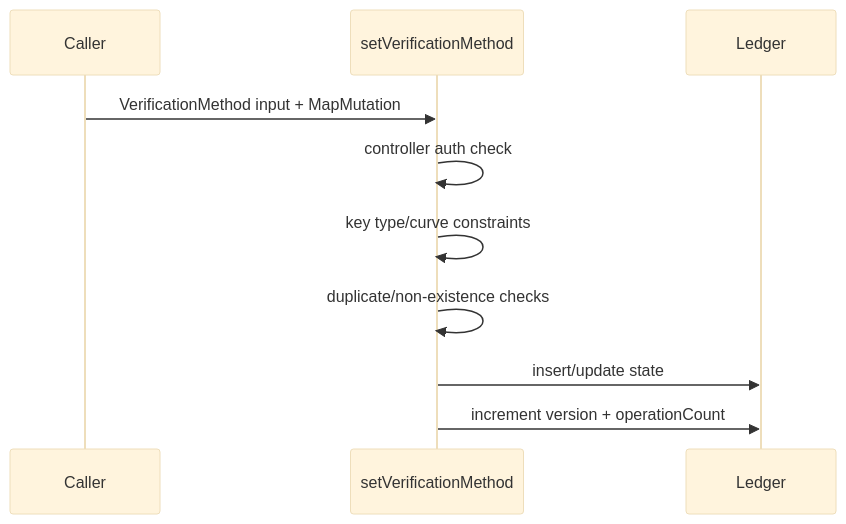
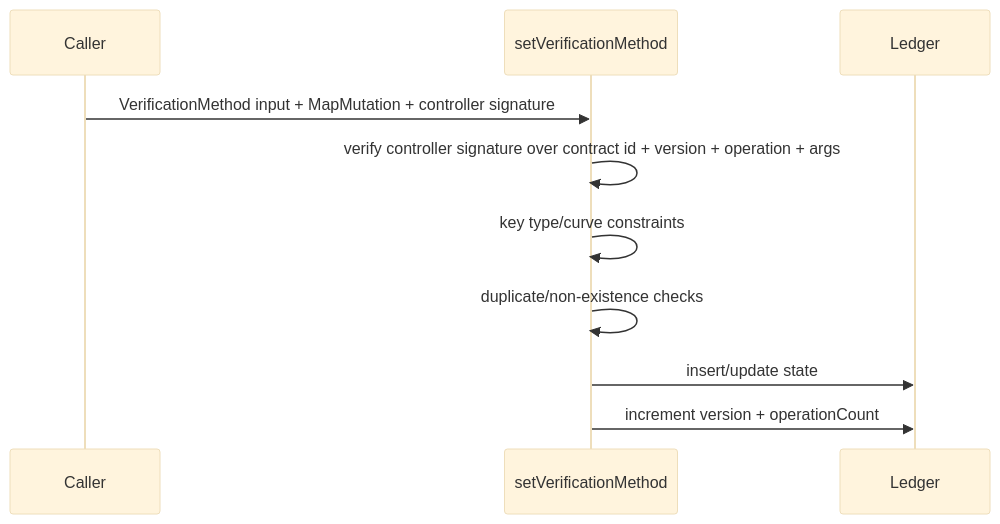
The second of 3 diagrams in packages/contract/README.md (midnightntwrk/midnight-did), drawn with Mermaid (base theme) before and after one commit. The commit also changed other lines of this file and 29 other files, not shown here.

````diff
--- a/packages/contract/README.md
+++ b/packages/contract/README.md
@@ -25,13 +25,13 @@
 ```mermaid
 sequenceDiagram
   participant Caller
   participant Circuit as setVerificationMethod
   participant Ledger
 
-  Caller->>Circuit: VerificationMethod input + MapMutation
-  Circuit->>Circuit: controller auth check
+  Caller->>Circuit: VerificationMethod input + MapMutation + controller signature
+  Circuit->>Circuit: verify controller signature over contract id + version + operation + args
   Circuit->>Circuit: key type/curve constraints
   Circuit->>Circuit: duplicate/non-existence checks
   Circuit->>Ledger: insert/update state
   Circuit->>Ledger: increment version + operationCount
 ```
````
